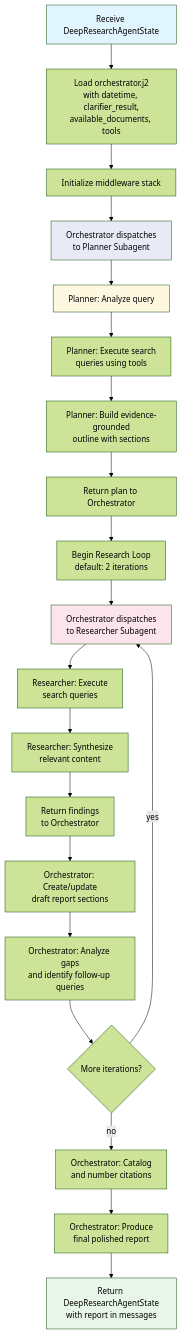
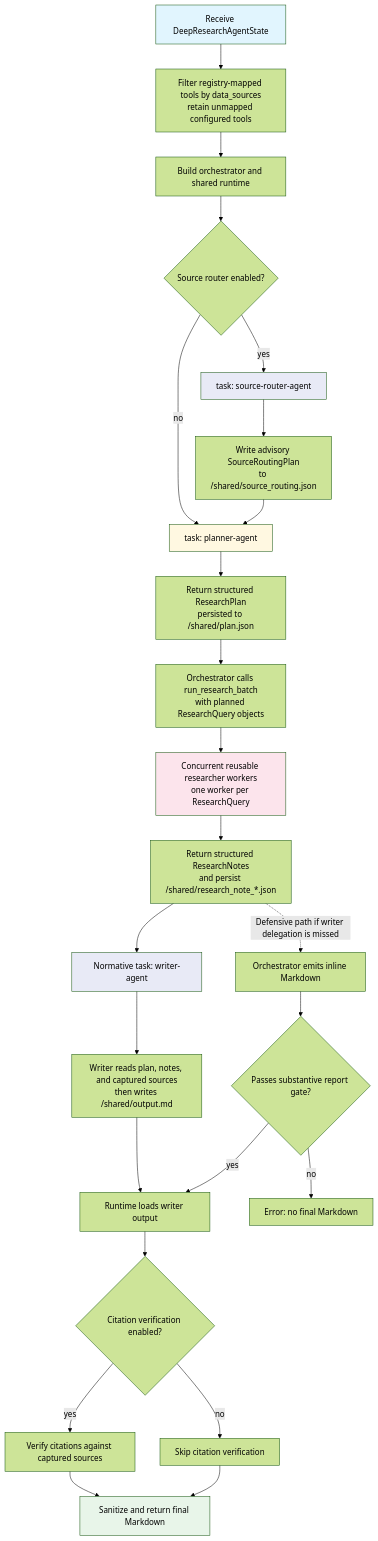
Before and after one commit to aalmahrooqi/aiq-financial: the first of 2 diagrams in docs/source/architecture/agents/deep-researcher.md, drawn with Mermaid (forest theme). The commit also changed other lines of this file and 32 other files, not shown here.

````diff
--- a/docs/source/architecture/agents/deep-researcher.md
+++ b/docs/source/architecture/agents/deep-researcher.md
@@ -26,33 +29,33 @@
 ```mermaid
 graph TD
-    A[Receive DeepResearchAgentState] --> B[Load orchestrator.j2<br/>with datetime, clarifier_result,<br/>available_documents, tools]
-    B --> C[Initialize middleware stack]
-    C --> D[Orchestrator dispatches<br/>to Planner Subagent]
-
-    D --> E[Planner: Analyze query]
-    E --> F[Planner: Execute search<br/>queries using tools]
-    F --> G[Planner: Build evidence-grounded<br/>outline with sections]
-    G --> H[Return plan to Orchestrator]
-
-    H --> I[Begin Research Loop<br/>default: 2 iterations]
-
-    I --> J[Orchestrator dispatches<br/>to Researcher Subagent]
-    J --> K[Researcher: Execute<br/>search queries]
-    K --> L[Researcher: Synthesize<br/>relevant content]
-    L --> M[Return findings<br/>to Orchestrator]
-
-    M --> N[Orchestrator: Create/update<br/>draft report sections]
-    N --> O[Orchestrator: Analyze gaps<br/>and identify follow-up queries]
-    O --> P{More iterations?}
-    P -->|yes| J
-    P -->|no| Q[Orchestrator: Catalog<br/>and number citations]
-
-    Q --> R[Orchestrator: Produce<br/>final polished report]
-    R --> S[Return DeepResearchAgentState<br/>with report in messages]
+    A[Receive DeepResearchAgentState] --> B[Filter registry-mapped tools by data_sources<br/>retain unmapped configured tools]
+    B --> C[Build orchestrator and shared runtime]
+    C --> D{Source router enabled?}
+    D -->|yes| E[task: source-router-agent]
+    E --> F[Write advisory SourceRoutingPlan<br/>to /shared/source_routing.json]
+    D -->|no| G[task: planner-agent]
+    F --> G
+    G --> H[Return structured ResearchPlan<br/>persisted to /shared/plan.json]
+    H --> I[Orchestrator calls run_research_batch<br/>with planned ResearchQuery objects]
+    I --> J[Concurrent reusable researcher workers<br/>one worker per ResearchQuery]
+    J --> K[Return structured ResearchNotes<br/>and persist /shared/research_note_*.json]
+    K --> L[Normative task: writer-agent]
+    L --> M[Writer reads plan, notes, and captured sources<br/>then writes /shared/output.md]
+    M --> O[Runtime loads writer output]
+    K -.->|Defensive path if writer delegation is missed| S[Orchestrator emits inline Markdown]
+    S --> U{Passes substantive report gate?}
+    U -->|yes| O
+    U -->|no| V[Error: no final Markdown]
+    O --> T{Citation verification enabled?}
+    T -->|yes| P[Verify citations against captured sources]
+    T -->|no| Q[Skip citation verification]
+    P --> R[Sanitize and return final Markdown]
+    Q --> R
 
     style A fill:#e1f5fe
-    style S fill:#e8f5e9
-    style D fill:#e8eaf6
-    style E fill:#fff8e1
+    style E fill:#e8eaf6
+    style G fill:#fff8e1
     style J fill:#fce4ec
+    style L fill:#e8eaf6
+    style R fill:#e8f5e9
 ```
````
